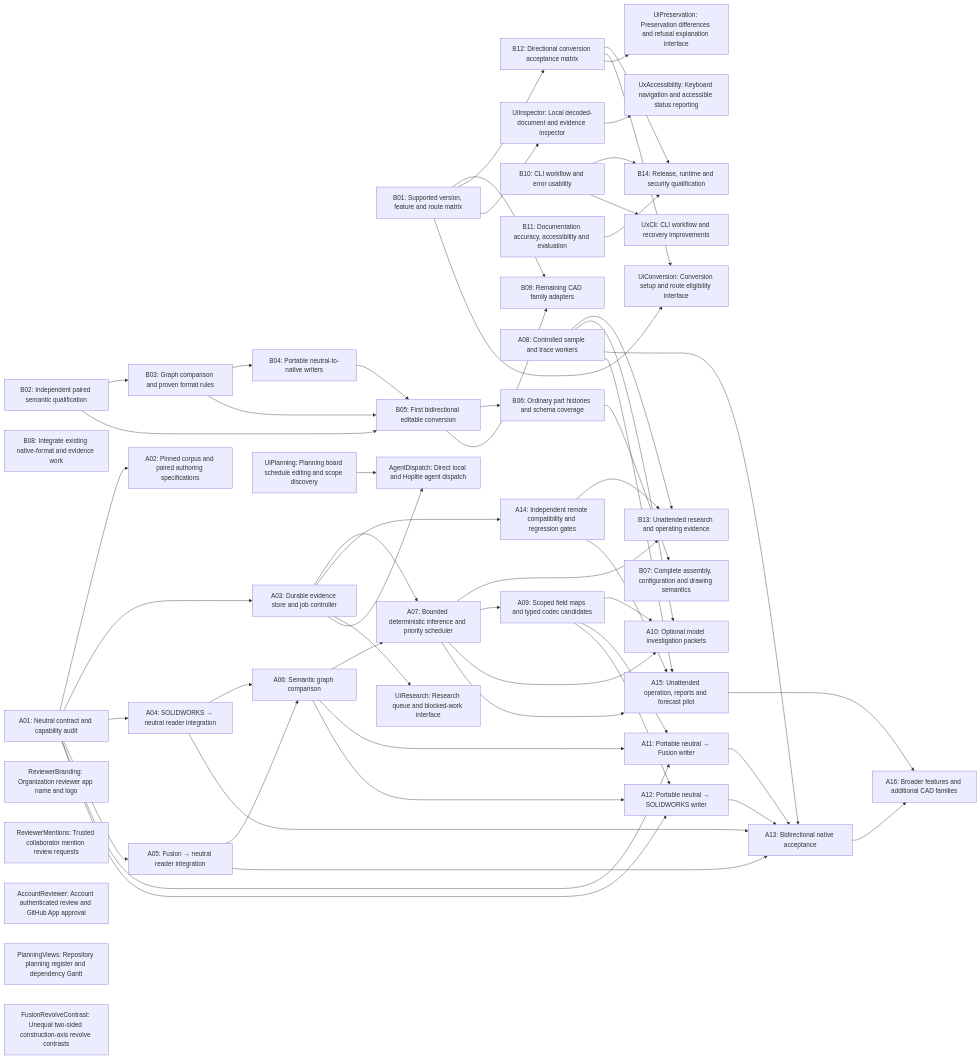
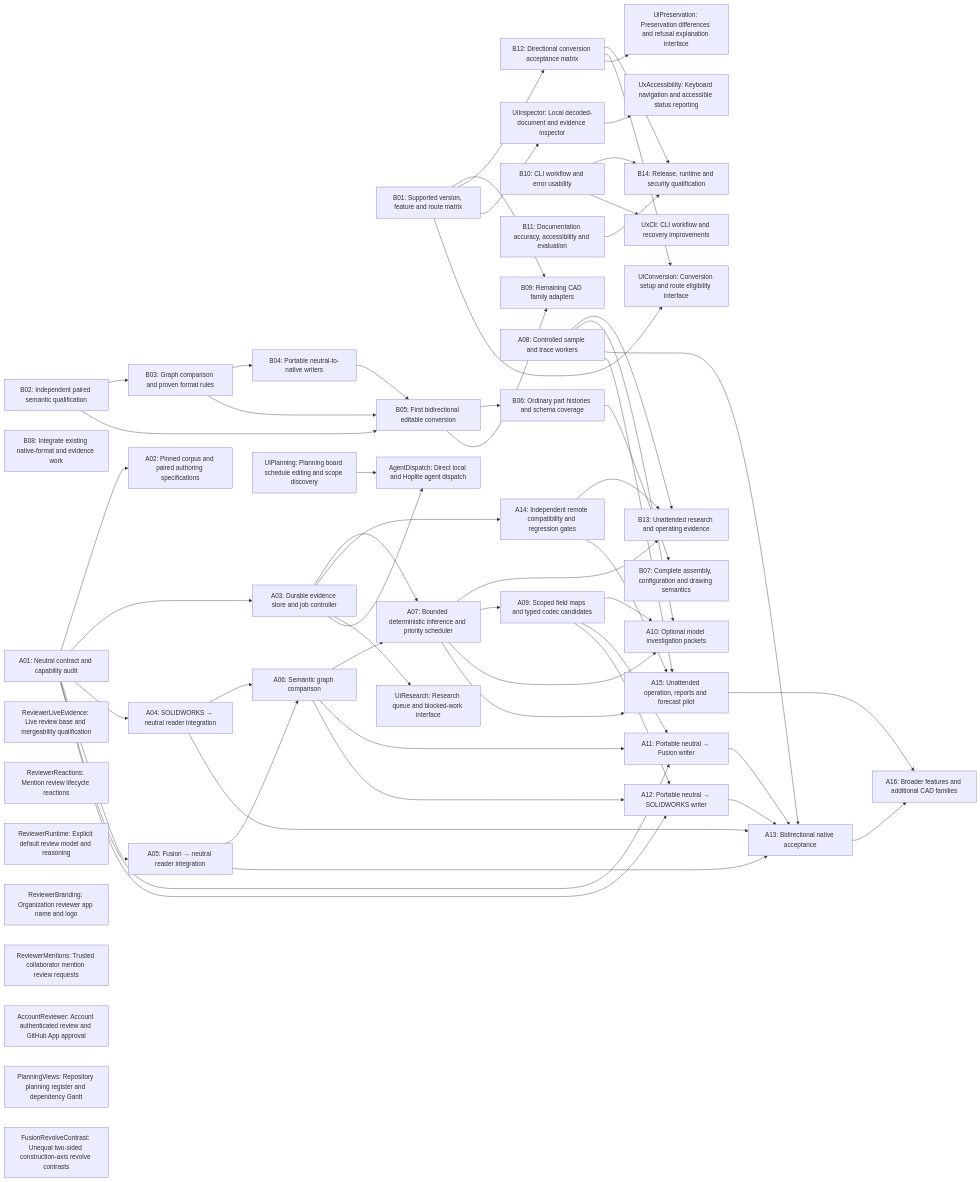
Before and after one commit to TryUniCAD/Kit: the diagram in Documentation/Planning/Generated/Dependencies.mmd, drawn with Mermaid. The commit also changed 27 other files, not shown here.

Commit message:
feat(review): pin runtime and react to review requests

```diff
--- a/Documentation/Planning/Generated/Dependencies.mmd
+++ b/Documentation/Planning/Generated/Dependencies.mmd
@@ -1,98 +1,101 @@
 flowchart LR
   B01["B01: Supported version, feature and route matrix"]
   B02["B02: Independent paired semantic qualification"]
   B03["B03: Graph comparison and proven format rules"]
   B02 --> B03
   B04["B04: Portable neutral-to-native writers"]
   B03 --> B04
   B05["B05: First bidirectional editable conversion"]
   B02 --> B05
   B03 --> B05
   B04 --> B05
   B06["B06: Ordinary part histories and schema coverage"]
   B05 --> B06
   B07["B07: Complete assembly, configuration and drawing semantics"]
   B06 --> B07
   B08["B08: Integrate existing native-format and evidence work"]
   B09["B09: Remaining CAD family adapters"]
   B01 --> B09
   B05 --> B09
   B10["B10: CLI workflow and error usability"]
   B11["B11: Documentation accuracy, accessibility and evaluation"]
   B12["B12: Directional conversion acceptance matrix"]
   B01 --> B12
   B13["B13: Unattended research and operating evidence"]
   A07 --> B13
   A08 --> B13
   A14 --> B13
   B14["B14: Release, runtime and security qualification"]
   B10 --> B14
   B11 --> B14
   B12 --> B14
   A01["A01: Neutral contract and capability audit"]
   A02["A02: Pinned corpus and paired authoring specifications"]
   A01 --> A02
   A03["A03: Durable evidence store and job controller"]
   A01 --> A03
   A04["A04: SOLIDWORKS → neutral reader integration"]
   A01 --> A04
   A05["A05: Fusion → neutral reader integration"]
   A01 --> A05
   A06["A06: Semantic graph comparison"]
   A04 --> A06
   A05 --> A06
   A07["A07: Bounded deterministic inference and priority scheduler"]
   A03 --> A07
   A06 --> A07
   A08["A08: Controlled sample and trace workers"]
   A09["A09: Scoped field maps and typed codec candidates"]
   A07 --> A09
   A10["A10: Optional model investigation packets"]
   A07 --> A10
   A08 --> A10
   A09 --> A10
   A11["A11: Portable neutral → Fusion writer"]
   A01 --> A11
   A06 --> A11
   A09 --> A11
   A12["A12: Portable neutral → SOLIDWORKS writer"]
   A01 --> A12
   A06 --> A12
   A09 --> A12
   A13["A13: Bidirectional native acceptance"]
   A04 --> A13
   A05 --> A13
   A08 --> A13
   A11 --> A13
   A12 --> A13
   A14["A14: Independent remote compatibility and regression gates"]
   A03 --> A14
   A15["A15: Unattended operation, reports and forecast pilot"]
   A07 --> A15
   A08 --> A15
   A14 --> A15
   A16["A16: Broader features and additional CAD families"]
   A13 --> A16
   A15 --> A16
+  ReviewerLiveEvidence["ReviewerLiveEvidence: Live review base and mergeability qualification"]
+  ReviewerReactions["ReviewerReactions: Mention review lifecycle reactions"]
+  ReviewerRuntime["ReviewerRuntime: Explicit default review model and reasoning"]
   ReviewerBranding["ReviewerBranding: Organization reviewer app name and logo"]
   ReviewerMentions["ReviewerMentions: Trusted collaborator mention review requests"]
   AccountReviewer["AccountReviewer: Account authenticated review and GitHub App approval"]
   PlanningViews["PlanningViews: Repository planning register and dependency Gantt"]
   FusionRevolveContrast["FusionRevolveContrast: Unequal two-sided construction-axis revolve contrasts"]
   UiInspector["UiInspector: Local decoded-document and evidence inspector"]
   B01 --> UiInspector
   UiConversion["UiConversion: Conversion setup and route eligibility interface"]
   B01 --> UiConversion
   B12 --> UiConversion
   UiPreservation["UiPreservation: Preservation differences and refusal explanation interface"]
   B12 --> UiPreservation
   UiResearch["UiResearch: Research queue and blocked-work interface"]
   A03 --> UiResearch
   UxAccessibility["UxAccessibility: Keyboard navigation and accessible status reporting"]
   UiInspector --> UxAccessibility
   UxCli["UxCli: CLI workflow and recovery improvements"]
   B10 --> UxCli
   UiPlanning["UiPlanning: Planning board schedule editing and scope discovery"]
   AgentDispatch["AgentDispatch: Direct local and Hoplite agent dispatch"]
   A03 --> AgentDispatch
   UiPlanning --> AgentDispatch
```
